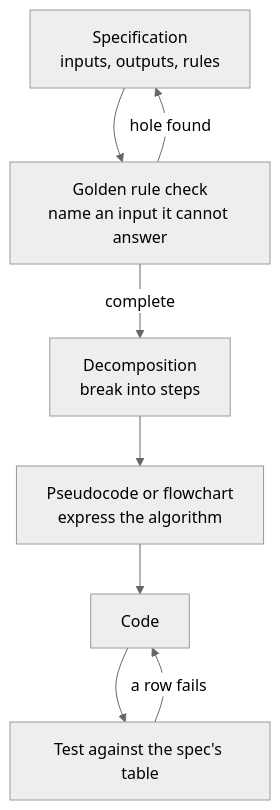
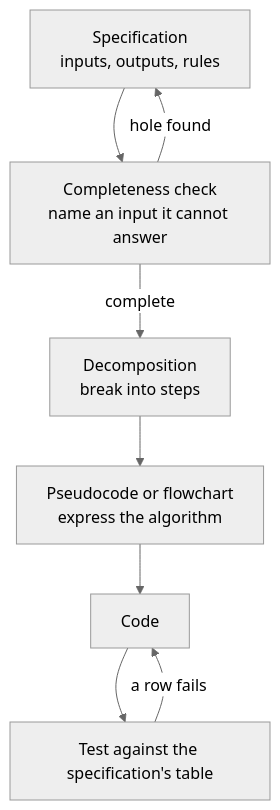
The fourth of 5 diagrams in modules/m1-programming-and-computational-thinking/wk2-operators-and-computational-thinking/2-computational-thinking-and-problem-specification.md (VishnuKumpati/KVCET_Year1_Content), drawn with Mermaid (neutral theme) before and after one commit. The commit also changed other lines of this file and 3 other files, not shown here.

````diff
--- a/modules/m1-programming-and-computational-thinking/wk2-operators-and-computational-thinking/2-computational-thinking-and-problem-specification.md
+++ b/modules/m1-programming-and-computational-thinking/wk2-operators-and-computational-thinking/2-computational-thinking-and-problem-specification.md
@@ -308,10 +338,10 @@
 ```mermaid
 flowchart TD
-    A["Specification<br/>inputs, outputs, rules"] --> B["Golden rule check<br/>name an input it cannot answer"]
+    A["Specification<br/>inputs, outputs, rules"] --> B["Completeness check<br/>name an input it cannot answer"]
     B -- "hole found" --> A
     B -- "complete" --> C["Decomposition<br/>break into steps"]
     C --> D["Pseudocode or flowchart<br/>express the algorithm"]
     D --> E["Code"]
-    E --> F["Test against the spec's table"]
+    E --> F["Test against the specification's table"]
     F -- "a row fails" --> E
 ```
````
